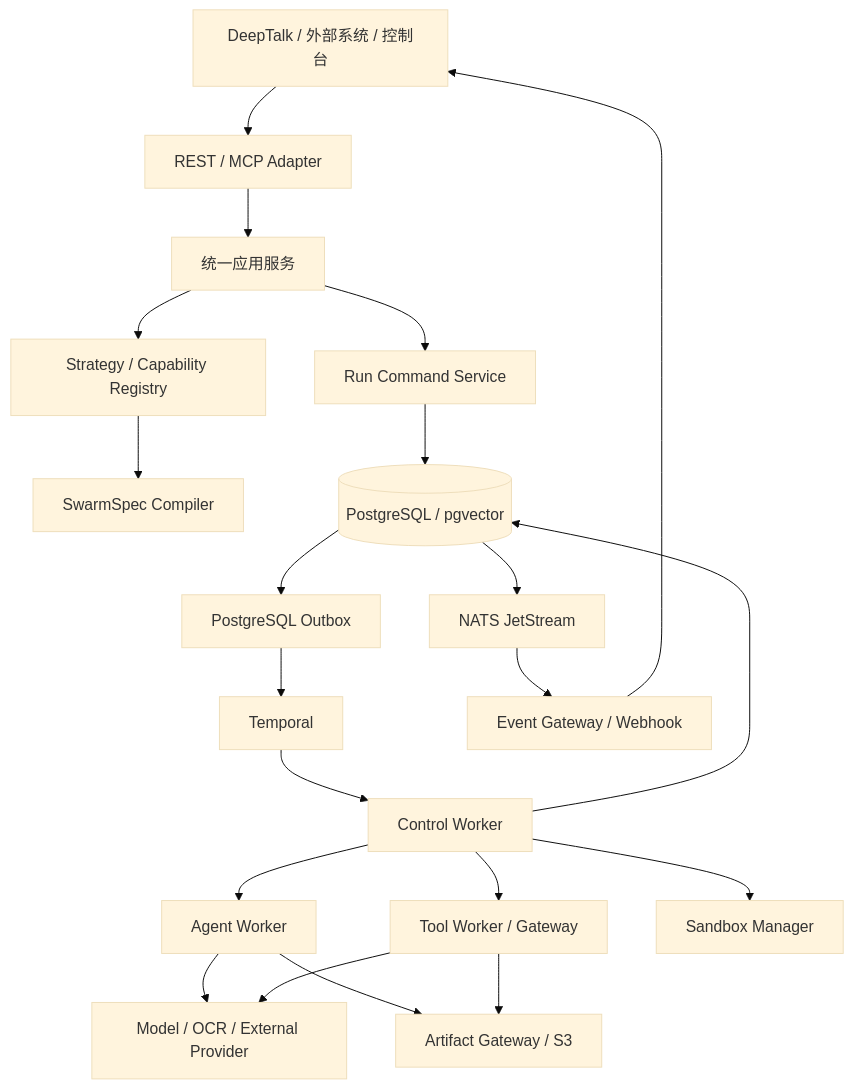
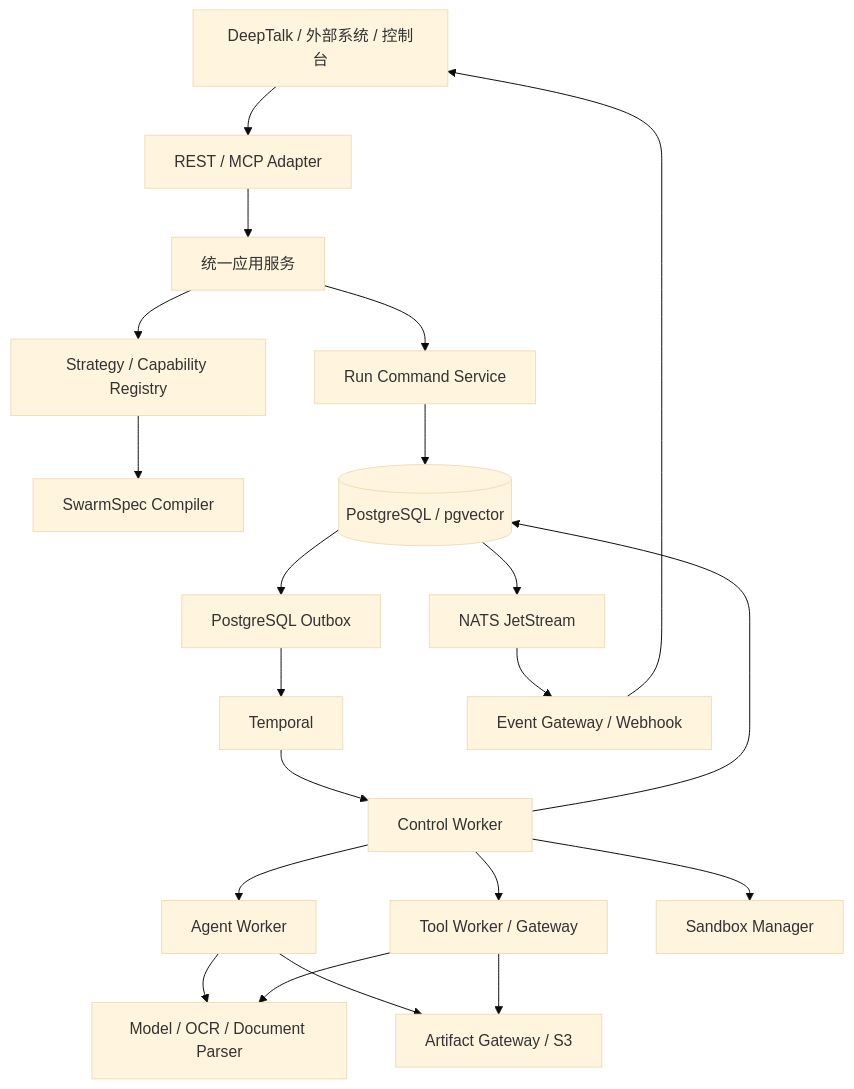
Before and after one commit to BlueX888/SwarmCore: the first of 2 diagrams in docs/swarmcore-system-design.md, drawn with Mermaid (base theme). The commit also changed other lines of this file and 136 other files, not shown here.

```diff
--- a/docs/swarmcore-system-design.md
+++ b/docs/swarmcore-system-design.md
@@ -47,32 +47,32 @@
 ~~~mermaid
 flowchart TB
     Caller[DeepTalk / 外部系统 / 控制台]
     Entry[REST / MCP Adapter]
     App[统一应用服务]
     Registry[Strategy / Capability Registry]
     Compiler[SwarmSpec Compiler]
     RunService[Run Command Service]
     Outbox[PostgreSQL Outbox]
     Temporal[Temporal]
     Control[Control Worker]
     Agent[Agent Worker]
     Tool[Tool Worker / Gateway]
     Sandbox[Sandbox Manager]
-    Provider[Model / OCR / External Provider]
+    Provider[Model / OCR / Document Parser]
     Artifact[Artifact Gateway / S3]
     PG[(PostgreSQL / pgvector)]
     NATS[NATS JetStream]
     Events[Event Gateway / Webhook]
 
     Caller --> Entry --> App
     App --> Registry --> Compiler
     App --> RunService --> PG
     PG --> Outbox --> Temporal --> Control
     Control --> Agent --> Provider
     Control --> Tool --> Provider
     Control --> Sandbox
     Agent --> Artifact
     Tool --> Artifact
     Control --> PG
     PG --> NATS --> Events --> Caller
 ~~~
```
